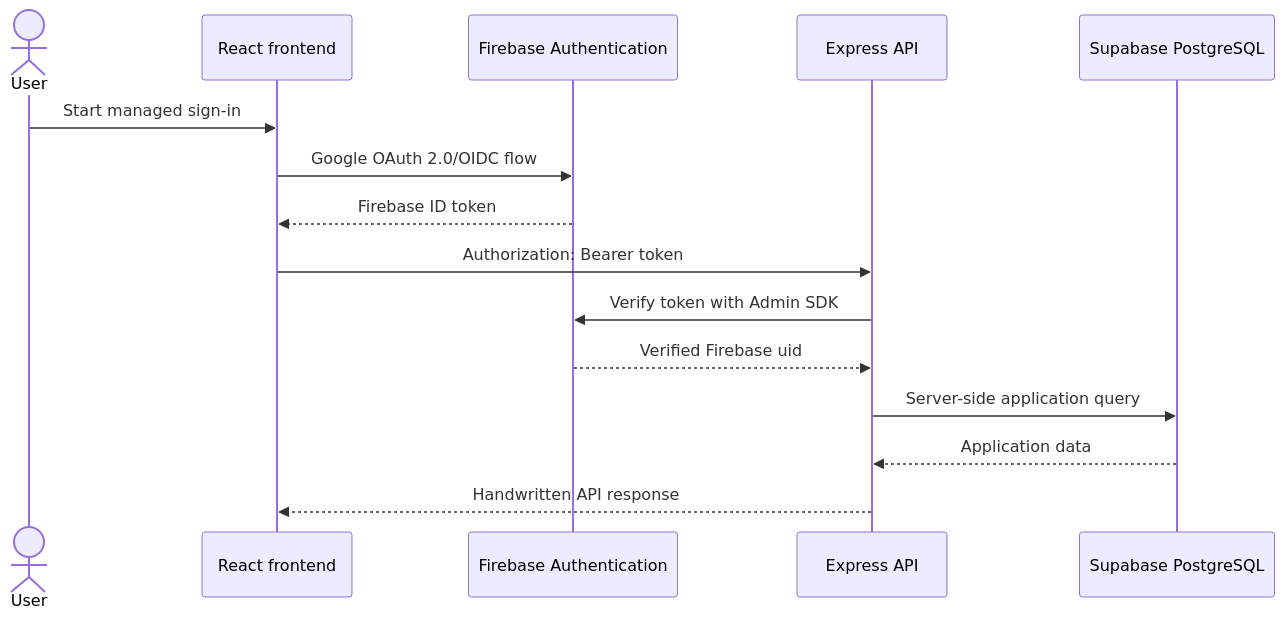
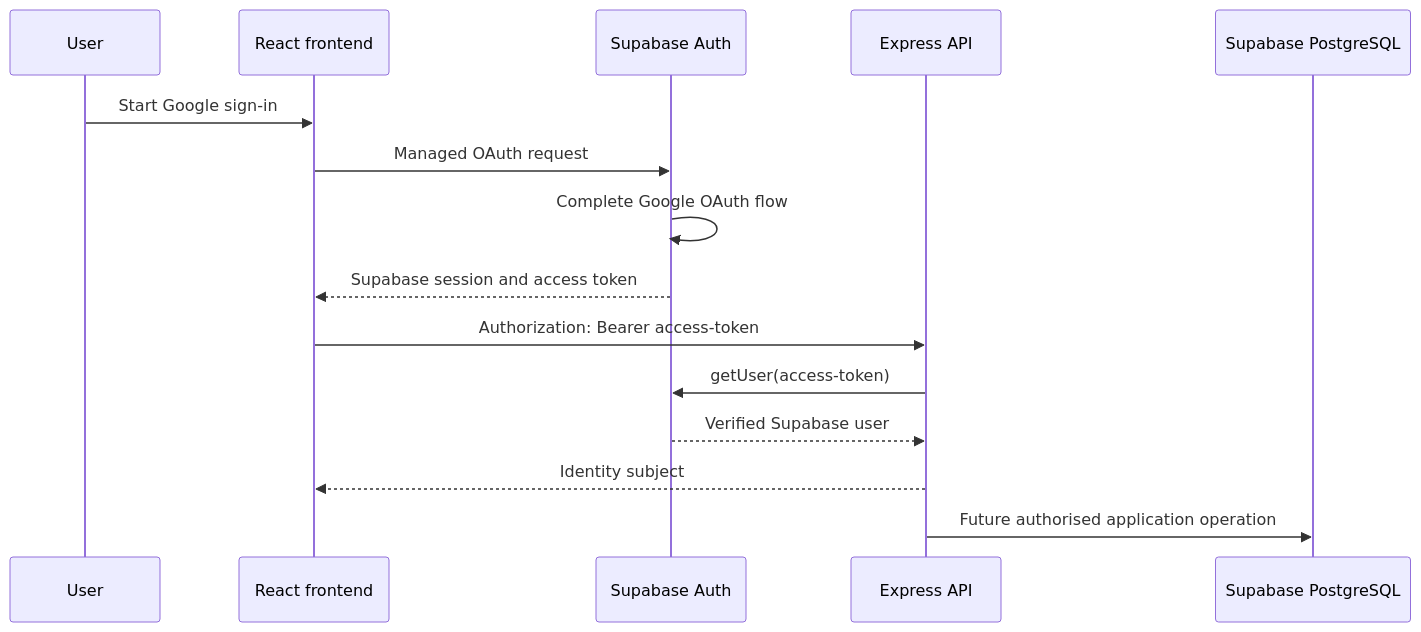
Before and after one commit to NadavSundy/Sport-Analytics-Tool: the diagram in docs/security/authentication.md, drawn with Mermaid. The commit also changed other lines of this file and 9 other files, not shown here.

First line of the commit message:
docs(auth): select Supabase authentication foundation

````diff
--- a/docs/security/authentication.md
+++ b/docs/security/authentication.md
@@ -17,18 +19,18 @@
 ```mermaid
 sequenceDiagram
-    actor User
+    participant User
     participant Frontend as React frontend
-    participant Firebase as Firebase Authentication
+    participant Supabase as Supabase Auth
     participant API as Express API
     participant Database as Supabase PostgreSQL
 
-    User->>Frontend: Start managed sign-in
-    Frontend->>Firebase: Google OAuth 2.0/OIDC flow
-    Firebase-->>Frontend: Firebase ID token
-    Frontend->>API: Authorization: Bearer token
-    API->>Firebase: Verify token with Admin SDK
-    Firebase-->>API: Verified Firebase uid
-    API->>Database: Server-side application query
-    Database-->>API: Application data
-    API-->>Frontend: Handwritten API response
+    User->>Frontend: Start Google sign-in
+    Frontend->>Supabase: Managed OAuth request
+    Supabase->>Supabase: Complete Google OAuth flow
+    Supabase-->>Frontend: Supabase session and access token
+    Frontend->>API: Authorization: Bearer access-token
+    API->>Supabase: getUser(access-token)
+    Supabase-->>API: Verified Supabase user
+    API-->>Frontend: Identity subject
+    API->>Database: Future authorised application operation
 ```
````
